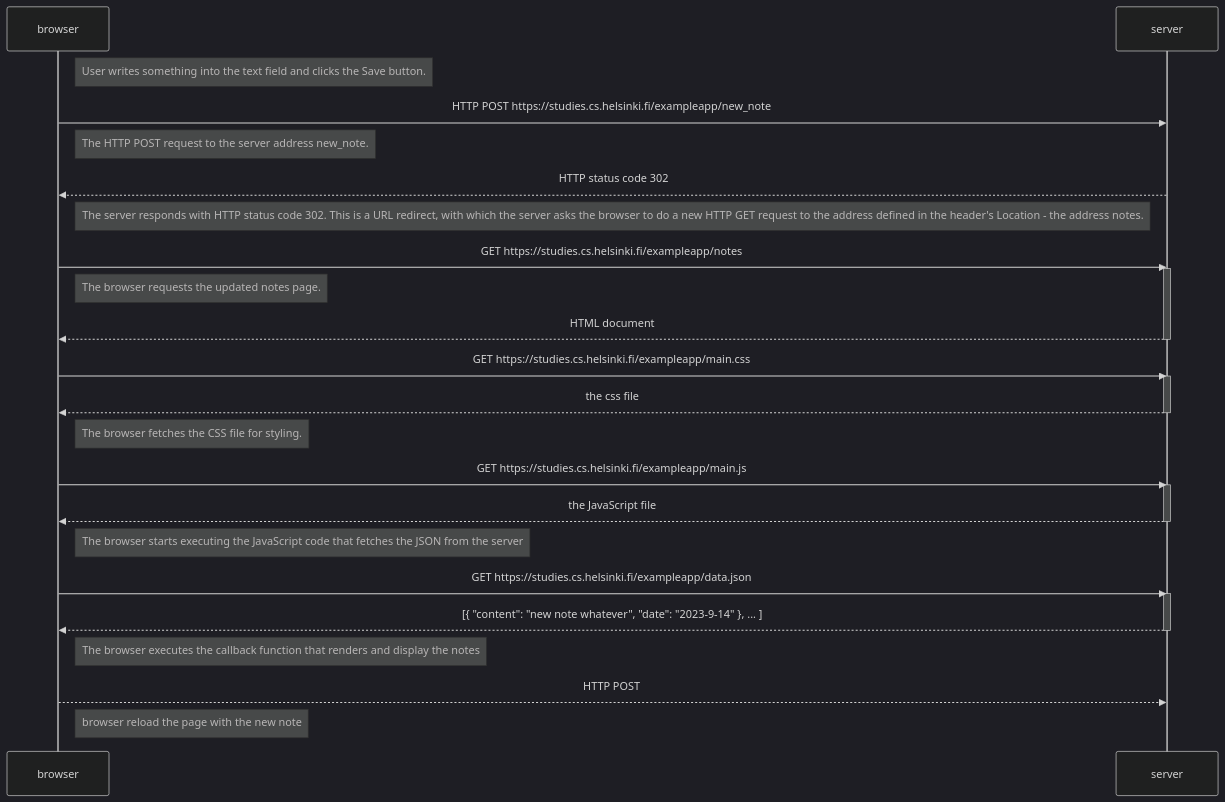
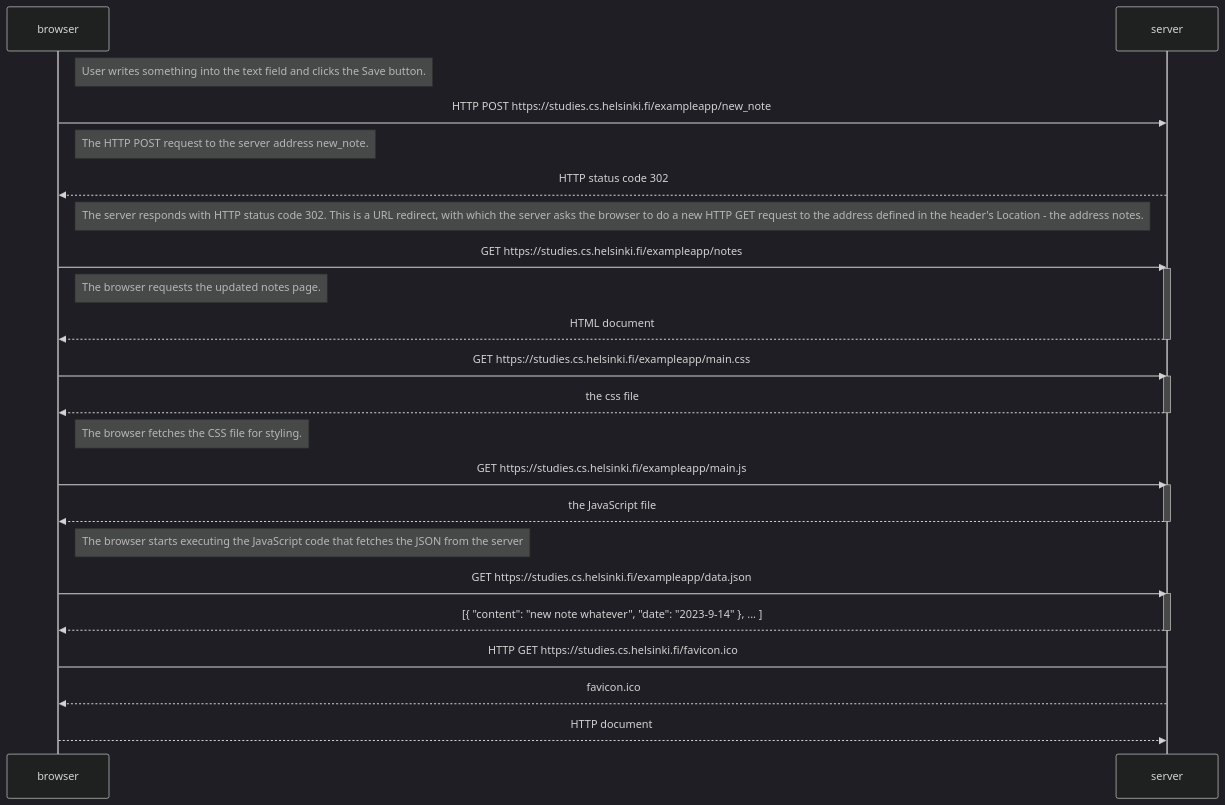
Before and after one commit to ana-sv/FullStackCourse: the diagram in Part0/0.4.md, drawn with Mermaid (dark theme). The commit also changed other lines of this file, not shown here.

Commit message:
corrections

````diff
--- a/Part0/0.4.md
+++ b/Part0/0.4.md
@@ -5,44 +5,42 @@
 ```mermaid
 sequenceDiagram
     participant browser
     participant server
 
         Note right of browser: User writes something into the text field and clicks the Save button.
        
         browser->>server: HTTP POST https://studies.cs.helsinki.fi/exampleapp/new_note
         Note right of browser: The HTTP POST request to the server address new_note.
         
         server-->>browser: HTTP status code 302
         Note right of browser :  The server responds with HTTP status code 302. This is a URL redirect, with which the server asks the browser to do a new HTTP GET request to the address defined in the header's Location - the address notes.
 
         browser->>server: GET https://studies.cs.helsinki.fi/exampleapp/notes
         activate server
         Note right of browser: The browser requests the updated notes page.
         server-->>browser: HTML document
         deactivate server
      
         browser->>server: GET https://studies.cs.helsinki.fi/exampleapp/main.css
         activate server
         server-->>browser: the css file
         deactivate server
         Note right of browser: The browser fetches the CSS file for styling.
 
         browser->>server: GET https://studies.cs.helsinki.fi/exampleapp/main.js
         activate server
         server-->>browser: the JavaScript file
         deactivate server
 
         Note right of browser: The browser starts executing the JavaScript code that fetches the JSON from the server
 
         browser->>server: GET https://studies.cs.helsinki.fi/exampleapp/data.json
         activate server
         server-->>browser: [{ "content": "new note whatever", "date": "2023-9-14" }, ... ]
         deactivate server
 
-        Note right of browser: The browser executes the callback function that renders and display the notes
+        browser->server: HTTP GET https://studies.cs.helsinki.fi/favicon.ico
+        server-->>browser: favicon.ico
 
-        browser-->>server: HTTP POST
-
-        Note right of browser: browser reload the page  with the new note
-
+        browser-->>server: HTTP document
 ```
````
